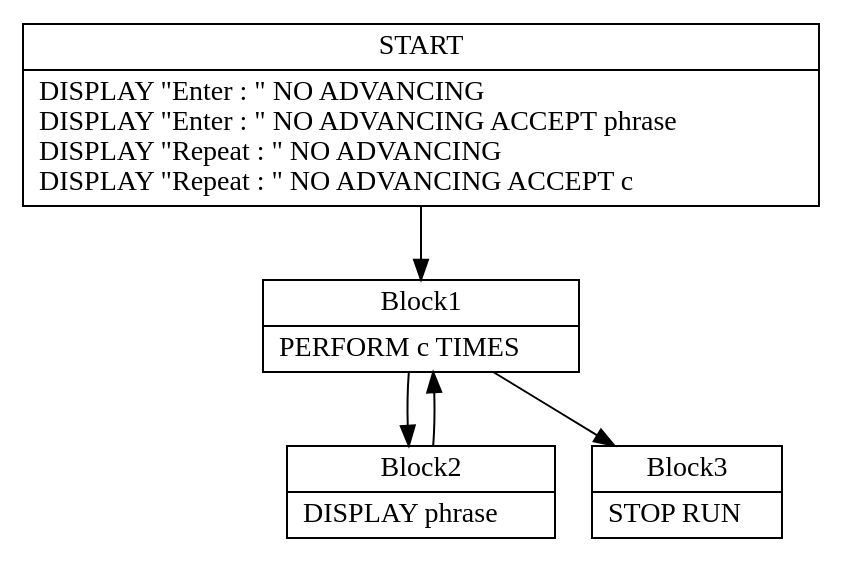
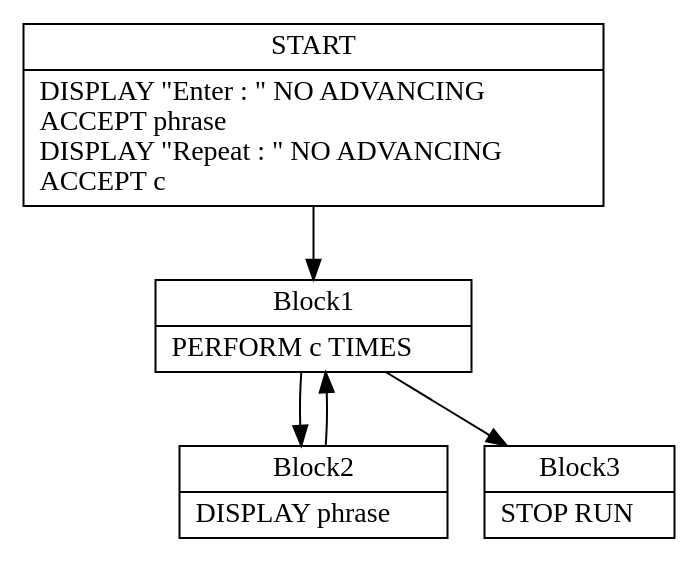
The diagram in TypeCobol.Analysis.Test/DotOutput/PerformTime0.dot (TypeCobolTeam/TypeCobol), drawn with Graphviz before and after one commit. The commit also changed 7 other files, not shown here.

```diff
--- a/TypeCobol.Analysis.Test/DotOutput/PerformTime0.dot
+++ b/TypeCobol.Analysis.Test/DotOutput/PerformTime0.dot
@@ -1,26 +1,26 @@
 digraph Cfg {
 node [
 shape = "record"
 ]
 
 edge [
 arrowtail = "empty"
 ]
 Block0 [
-label = "{START|    DISPLAY \"Enter : \" NO ADVANCING\l    DISPLAY \"Enter : \" NO ADVANCING ACCEPT phrase\l    DISPLAY \"Repeat : \" NO ADVANCING\l    DISPLAY \"Repeat : \" NO ADVANCING ACCEPT c\l}"
+label = "{START|    DISPLAY \"Enter : \" NO ADVANCING\l                                    ACCEPT phrase\l    DISPLAY \"Repeat : \" NO ADVANCING\l                                     ACCEPT c\l}"
 ]
 Block1 [
 label = "{Block1|    PERFORM c TIMES\l}"
 ]
 Block2 [
 label = "{Block2|      DISPLAY phrase\l}"
 ]
 Block3 [
 label = "{Block3|    STOP RUN\l}"
 ]
 Block0 -> Block1
 Block1 -> Block2
 Block1 -> Block3
 Block2 -> Block1
 
 }
```
